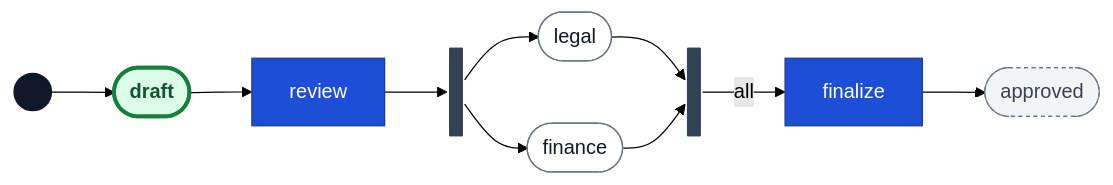
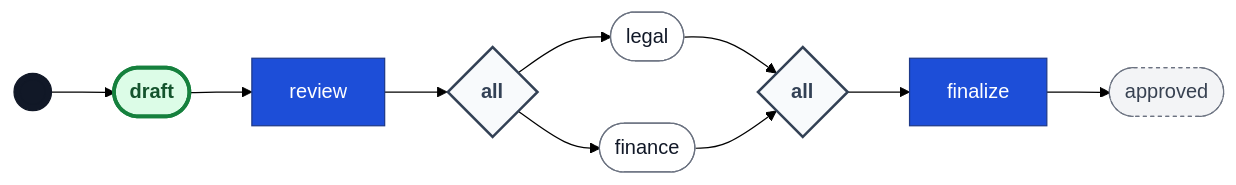
One commit to ehabterra/workflow changed the diagram in README.md. Above: the diagram before and after it, drawn with Mermaid (forest theme). The commit also changed other lines of this file and 6 other files, not shown here.

First line of the commit message:
polish(diagrams): BPMN-style gateway diamonds saying all/any

````diff
--- a/README.md
+++ b/README.md
@@ -802,39 +802,39 @@
 ```mermaid
 flowchart LR
     START((( )))
     class START startMarker
     START --> p_draft
     p_draft(["draft"])
     p_legal(["legal"])
     p_finance(["finance"])
     p_approved(["approved"])
     class p_draft current
     class p_legal place
     class p_finance place
     class p_approved terminal
     t_review["review"]
     class t_review action
     p_draft --> t_review
-    f_review@{ shape: fork }
+    f_review{"all"}
     class f_review gateway
     t_review --> f_review
     f_review --> p_legal
     f_review --> p_finance
     t_finalize["finalize"]
     class t_finalize action
-    j_finalize@{ shape: fork }
+    j_finalize{"all"}
     class j_finalize gateway
     p_legal --> j_finalize
     p_finance --> j_finalize
-    j_finalize -->|all| t_finalize
+    j_finalize --> t_finalize
     t_finalize --> p_approved
     classDef place fill:#FFFFFF,stroke:#6B7280,stroke-width:1px,color:#111827
     classDef current fill:#DCFCE7,stroke:#15803D,stroke-width:3px,color:#14532D,font-weight:bold
     classDef terminal fill:#F3F4F6,stroke:#6B7280,stroke-dasharray:3 3,color:#374151
     classDef action fill:#1D4ED8,stroke:#1E3A8A,color:#FFFFFF
     classDef person fill:#15803D,stroke:#14532D,color:#FFFFFF
     classDef auto fill:#E0F2FE,stroke:#0369A1,color:#0C4A6E
     classDef timer fill:#FEF3C7,stroke:#B45309,color:#92400E
     classDef startMarker fill:#111827,stroke:#111827,color:#111827
-    classDef gateway fill:#334155,stroke:#334155
+    classDef gateway fill:#F8FAFC,stroke:#334155,stroke-width:2px,color:#334155,font-weight:bold
 ```
````
